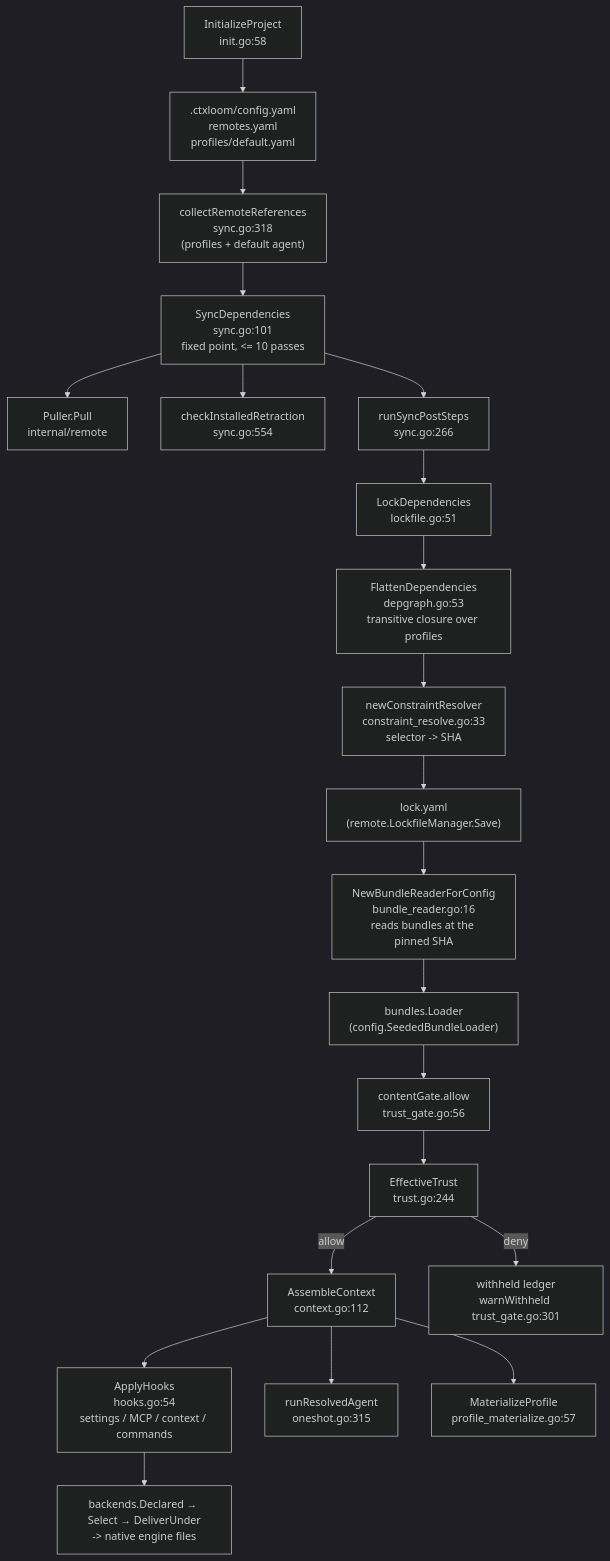
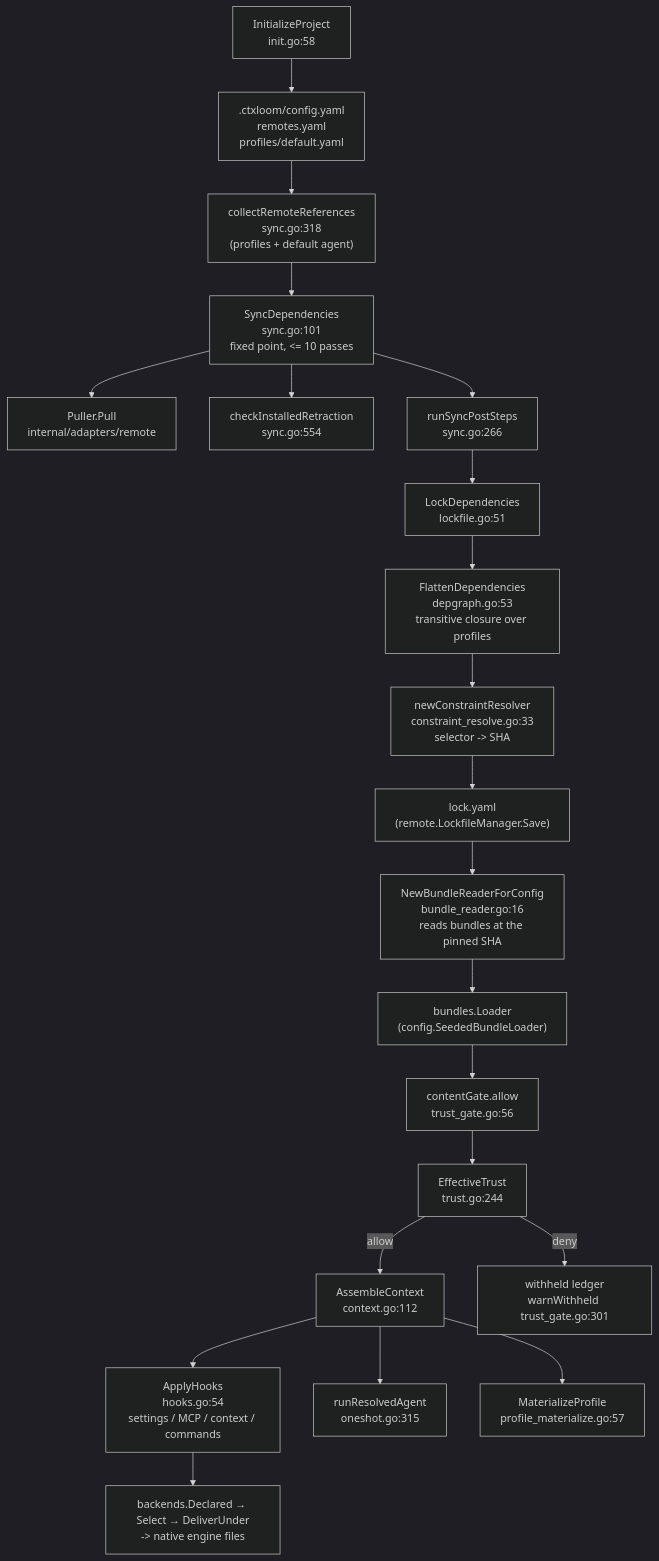
Before and after one commit to ctxloom/ctxloom: the first of 2 diagrams in docs/architecture/core/operations.md, drawn with Mermaid (dark theme). The commit also changed other lines of this file and 2489 other files, not shown here.

First line of the commit message:
refactor(arch): move the adapters ring into internal/adapters

````diff
--- a/docs/architecture/core/operations.md
+++ b/docs/architecture/core/operations.md
@@ -46,28 +46,28 @@
 ```mermaid
 flowchart TD
     INIT["InitializeProject<br/>init.go:58"] --> CFG[".ctxloom/config.yaml<br/>remotes.yaml<br/>profiles/default.yaml"]
 
     CFG --> COLLECT["collectRemoteReferences<br/>sync.go:318<br/>(profiles + default agent)"]
     COLLECT --> SYNC["SyncDependencies<br/>sync.go:101<br/>fixed point, <= 10 passes"]
-    SYNC --> PULL["Puller.Pull<br/>internal/remote"]
+    SYNC --> PULL["Puller.Pull<br/>internal/adapters/remote"]
     SYNC --> RETR["checkInstalledRetraction<br/>sync.go:554"]
     SYNC --> POST["runSyncPostSteps<br/>sync.go:266"]
 
     POST --> LOCKSTEP["LockDependencies<br/>lockfile.go:51"]
     LOCKSTEP --> FLAT["FlattenDependencies<br/>depgraph.go:53<br/>transitive closure over profiles"]
     FLAT --> CONSTRAINT["newConstraintResolver<br/>constraint_resolve.go:33<br/>selector -> SHA"]
     CONSTRAINT --> LOCK["lock.yaml<br/>(remote.LockfileManager.Save)"]
 
     LOCK --> READER["NewBundleReaderForConfig<br/>bundle_reader.go:16<br/>reads bundles at the pinned SHA"]
     READER --> LOADER["bundles.Loader<br/>(config.SeededBundleLoader)"]
 
     LOADER --> GATE["contentGate.allow<br/>trust_gate.go:56"]
     GATE --> ET["EffectiveTrust<br/>trust.go:244"]
     ET -->|allow| ASM["AssembleContext<br/>context.go:112"]
     ET -->|deny| WITHHELD["withheld ledger<br/>warnWithheld trust_gate.go:301"]
 
     ASM --> APPLY["ApplyHooks<br/>hooks.go:54<br/>settings / MCP / context / commands"]
     ASM --> RUN["runResolvedAgent<br/>oneshot.go:315"]
     ASM --> MAT["MaterializeProfile<br/>profile_materialize.go:57"]
     APPLY --> SURF["backends.Declared → Select → DeliverUnder<br/>-> native engine files"]
 ```
````
